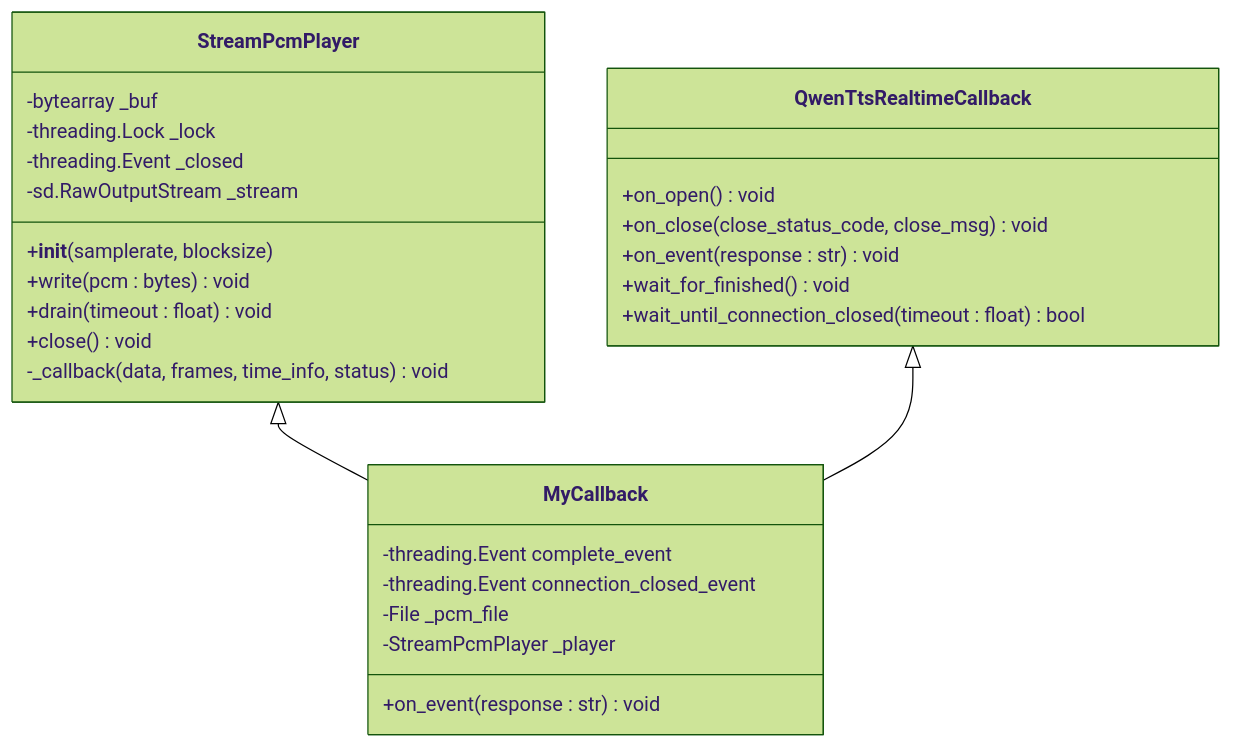
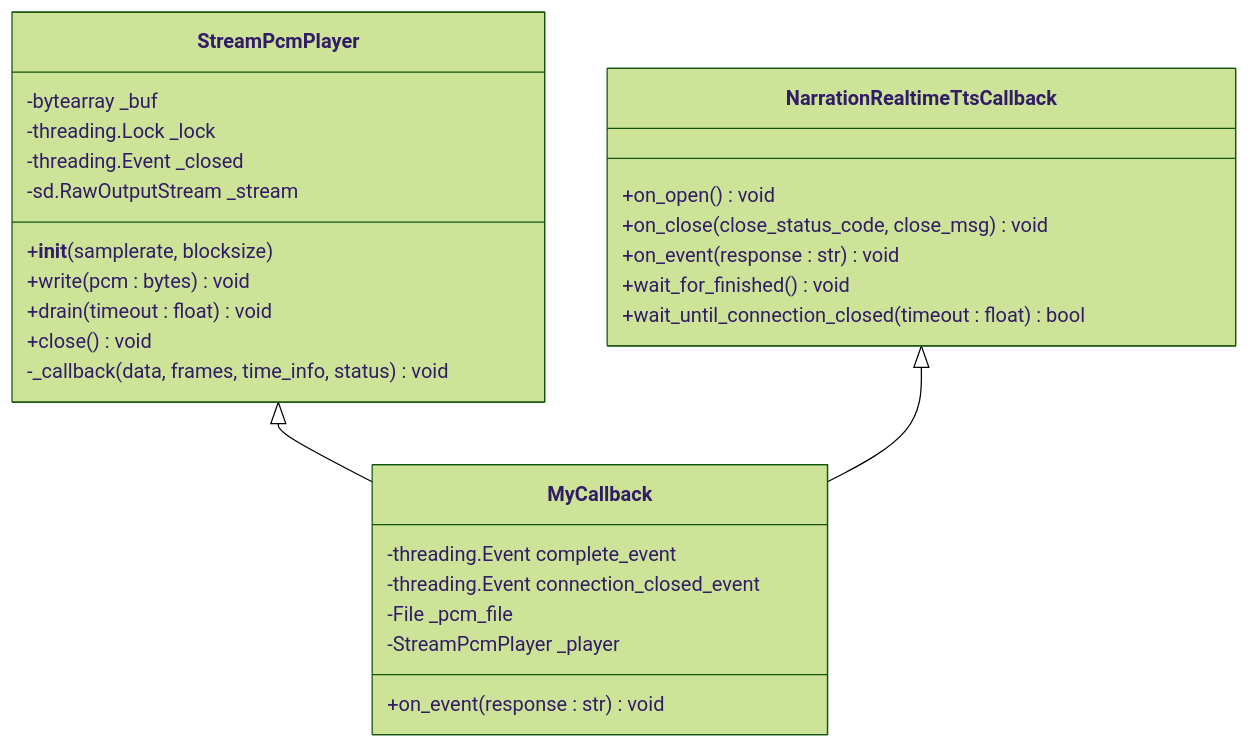
One commit to 1024dashen/Vue3Speech changed the fourth of 11 diagrams in .qoder/repowiki/zh/content/语音合成服务/实时TTS合成.md. Above: the diagram before and after it, drawn with Mermaid (forest theme). The commit also changed other lines of this file and 9 other files, not shown here.

````diff
--- a/.qoder/repowiki/zh/content/语音合成服务/实时TTS合成.md
+++ b/.qoder/repowiki/zh/content/语音合成服务/实时TTS合成.md
@@ -195,30 +232,30 @@
 ```mermaid
 classDiagram
 class StreamPcmPlayer {
 -bytearray _buf
 -threading.Lock _lock
 -threading.Event _closed
 -sd.RawOutputStream _stream
 +__init__(samplerate, blocksize)
 +write(pcm : bytes) void
 +drain(timeout : float) void
 +close() void
 -_callback(data, frames, time_info, status) void
 }
-class QwenTtsRealtimeCallback {
+class NarrationRealtimeTtsCallback {
 +on_open() void
 +on_close(close_status_code, close_msg) void
 +on_event(response : str) void
 +wait_for_finished() void
 +wait_until_connection_closed(timeout : float) bool
 }
 class MyCallback {
 -threading.Event complete_event
 -threading.Event connection_closed_event
 -File _pcm_file
 -StreamPcmPlayer _player
 +on_event(response : str) void
 }
 StreamPcmPlayer <|-- MyCallback
-QwenTtsRealtimeCallback <|-- MyCallback
+NarrationRealtimeTtsCallback <|-- MyCallback
 ```
````
